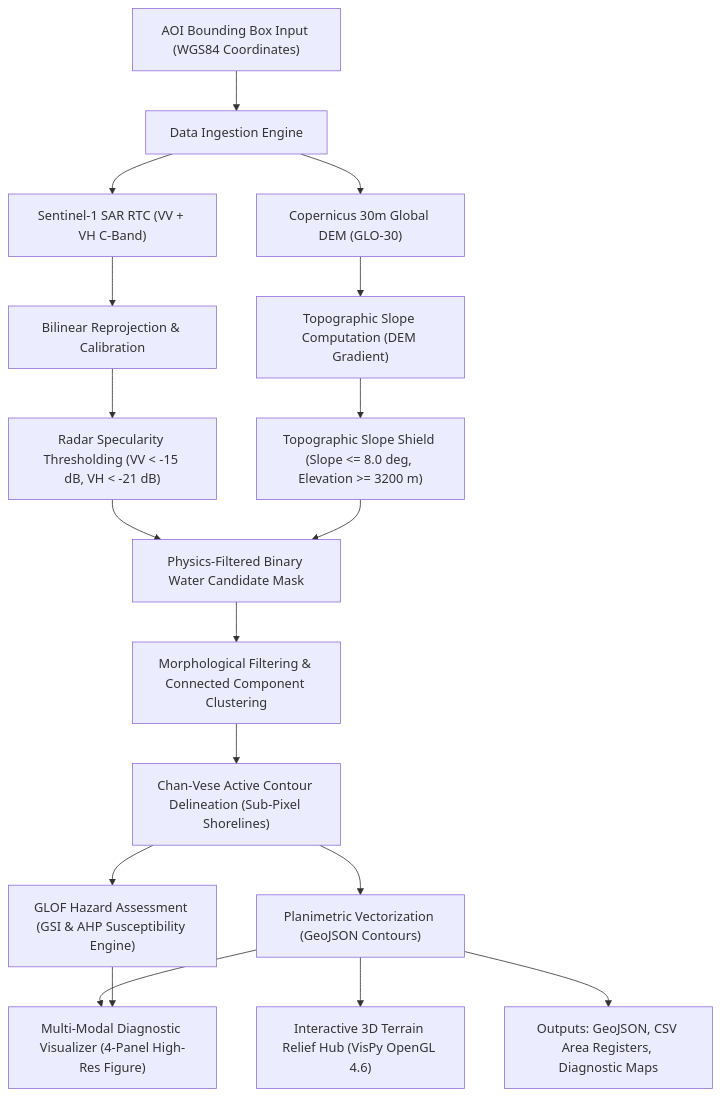
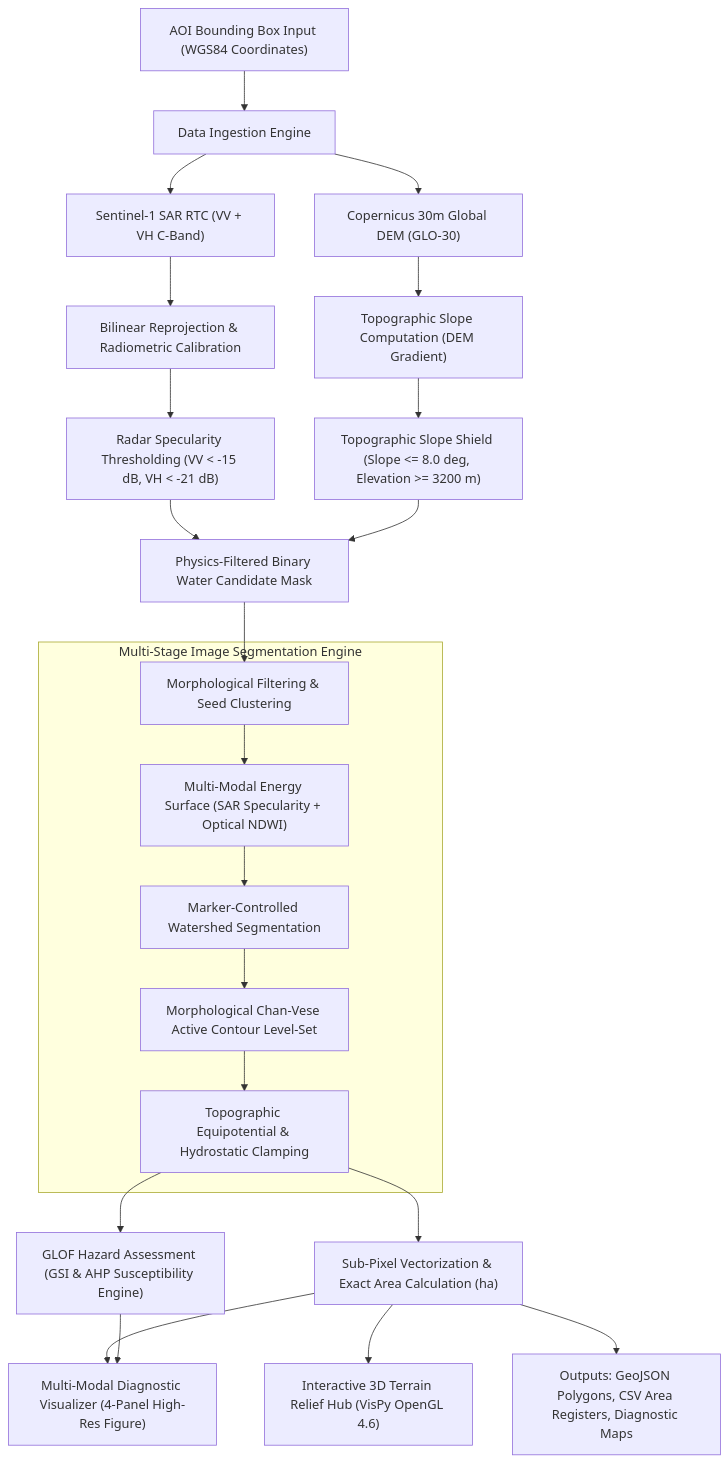
One commit to T-Dynamos/GlacialLakeDetector changed the diagram in README.md. Above: the diagram before and after it, drawn with Mermaid. The commit also changed other lines of this file, not shown here.

Commit message:
docs: add image segmentation pipeline details and flowchart subgraph to README

````diff
--- a/README.md
+++ b/README.md
@@ -16,26 +25,32 @@
 ```mermaid
 flowchart TD
     A["AOI Bounding Box Input (WGS84 Coordinates)"] --> B["Data Ingestion Engine"]
     B --> C1["Sentinel-1 SAR RTC (VV + VH C-Band)"]
     B --> C2["Copernicus 30m Global DEM (GLO-30)"]
     
-    C1 --> D["Bilinear Reprojection & Calibration"]
+    C1 --> D["Bilinear Reprojection & Radiometric Calibration"]
     C2 --> E["Topographic Slope Computation (DEM Gradient)"]
     
     D --> F["Radar Specularity Thresholding (VV < -15 dB, VH < -21 dB)"]
     E --> G["Topographic Slope Shield (Slope <= 8.0 deg, Elevation >= 3200 m)"]
     
     F --> H["Physics-Filtered Binary Water Candidate Mask"]
     G --> H
     
-    H --> I["Morphological Filtering & Connected Component Clustering"]
-    I --> J["Chan-Vese Active Contour Delineation (Sub-Pixel Shorelines)"]
+    H --> I["Morphological Filtering & Seed Clustering"]
     
-    J --> K["Planimetric Vectorization (GeoJSON Contours)"]
-    J --> L["GLOF Hazard Assessment (GSI & AHP Susceptibility Engine)"]
+    subgraph Segmentation ["Multi-Stage Image Segmentation Engine"]
+        I --> J1["Multi-Modal Energy Surface (SAR Specularity + Optical NDWI)"]
+        J1 --> J2["Marker-Controlled Watershed Segmentation"]
+        J2 --> J3["Morphological Chan-Vese Active Contour Level-Set"]
+        J3 --> J4["Topographic Equipotential & Hydrostatic Clamping"]
+    end
+    
+    J4 --> K["Sub-Pixel Vectorization & Exact Area Calculation (ha)"]
+    J4 --> L["GLOF Hazard Assessment (GSI & AHP Susceptibility Engine)"]
     
     K --> M["Multi-Modal Diagnostic Visualizer (4-Panel High-Res Figure)"]
     L --> M
     K --> N["Interactive 3D Terrain Relief Hub (VisPy OpenGL 4.6)"]
-    K --> O["Outputs: GeoJSON, CSV Area Registers, Diagnostic Maps"]
+    K --> O["Outputs: GeoJSON Polygons, CSV Area Registers, Diagnostic Maps"]
 ```
````
